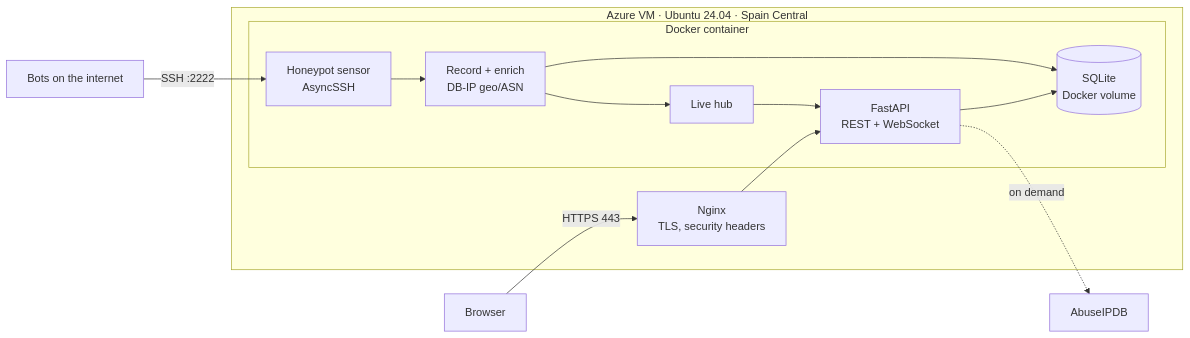
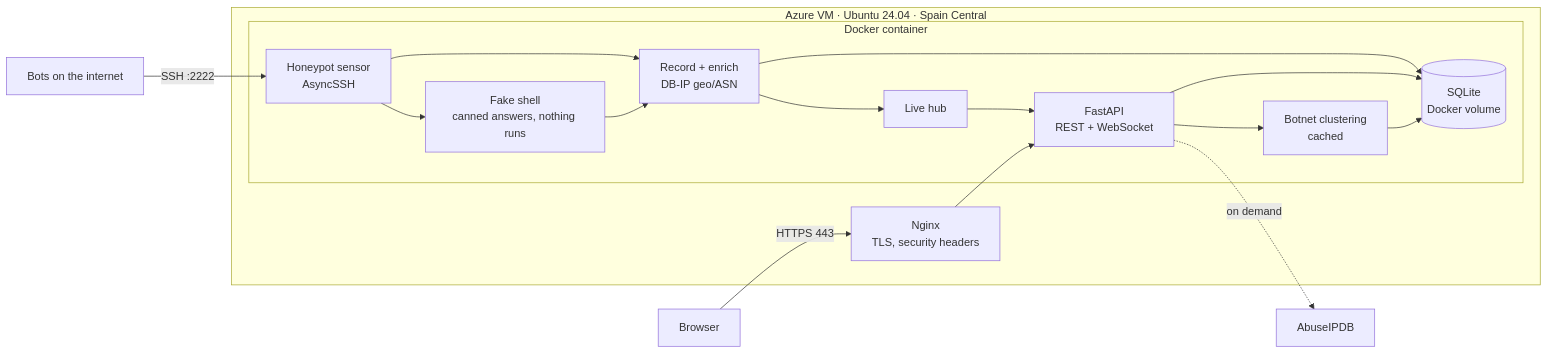
Before and after one commit to TrevorvaughanDEV/devops-project: the first of 2 diagrams in README.md, drawn with Mermaid. The commit also changed other lines of this file and 24 other files, not shown here.

First line of the commit message:
Add a fake shell for weak passwords and botnet detection

````diff
--- a/README.md
+++ b/README.md
@@ -31,18 +35,22 @@
 ```mermaid
 flowchart LR
     bot[Bots on the internet] -->|SSH :2222| sensor
     user[Browser] -->|HTTPS 443| nginx
 
     subgraph vm[Azure VM · Ubuntu 24.04 · Spain Central]
         nginx[Nginx<br/>TLS, security headers] --> api
         subgraph container[Docker container]
             sensor[Honeypot sensor<br/>AsyncSSH] --> rec[Record + enrich<br/>DB-IP geo/ASN]
+            sensor --> shell[Fake shell<br/>canned answers, nothing runs]
+            shell --> rec
             rec --> db[(SQLite<br/>Docker volume)]
             rec --> hub[Live hub]
             api[FastAPI<br/>REST + WebSocket] --> db
+            api --> camp[Botnet clustering<br/>cached]
+            camp --> db
             hub --> api
         end
     end
 
     api -.->|on demand| abuse[AbuseIPDB]
 ```
````
